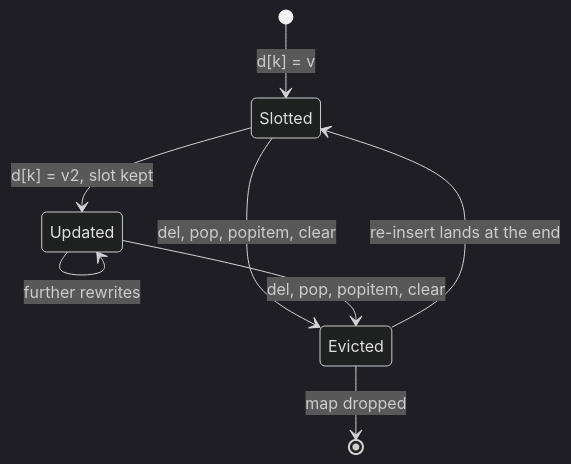
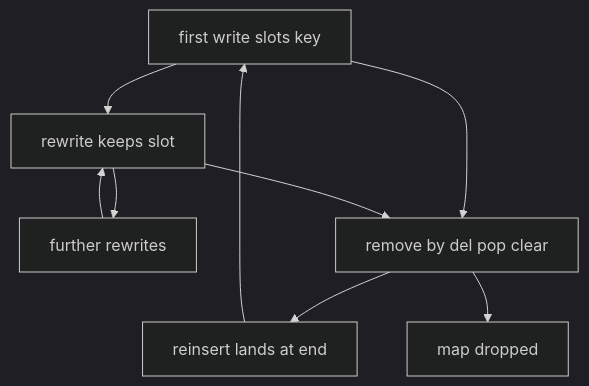
The second of 4 diagrams in docs/learning/13-collections.md (AslamNazeerShaikh/Python-Material), drawn with Mermaid (dark theme) before and after one commit. The commit also changed other lines of this file and 16 other files, not shown here.

Commit message:
docs(learning): rebuild all mermaid in safe subset

````diff
--- a/docs/learning/13-collections.md
+++ b/docs/learning/13-collections.md
@@ -97,10 +97,17 @@
 ```mermaid
-stateDiagram-v2
-    [*] --> Slotted : d[k] = v
-    Slotted --> Updated : d[k] = v2, slot kept
-    Updated --> Updated : further rewrites
-    Slotted --> Evicted : del, pop, popitem, clear
-    Updated --> Evicted : del, pop, popitem, clear
-    Evicted --> Slotted : re-insert lands at the end
-    Evicted --> [*] : map dropped
+flowchart TD
+    SLOT[first write slots key]
+    UPD[rewrite keeps slot]
+    MORE[further rewrites]
+    OUT[remove by del pop clear]
+    BACK[reinsert lands at end]
+    GONE[map dropped]
+    SLOT --> UPD
+    UPD --> MORE
+    MORE --> UPD
+    SLOT --> OUT
+    UPD --> OUT
+    OUT --> BACK
+    BACK --> SLOT
+    OUT --> GONE
 ```
````
